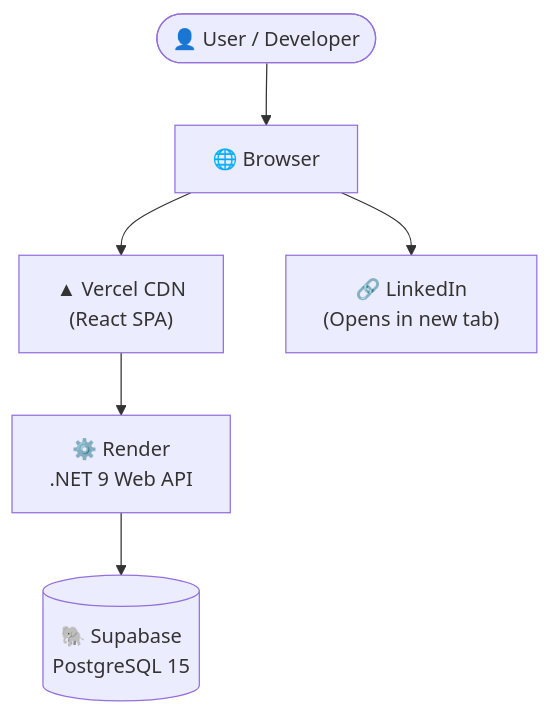
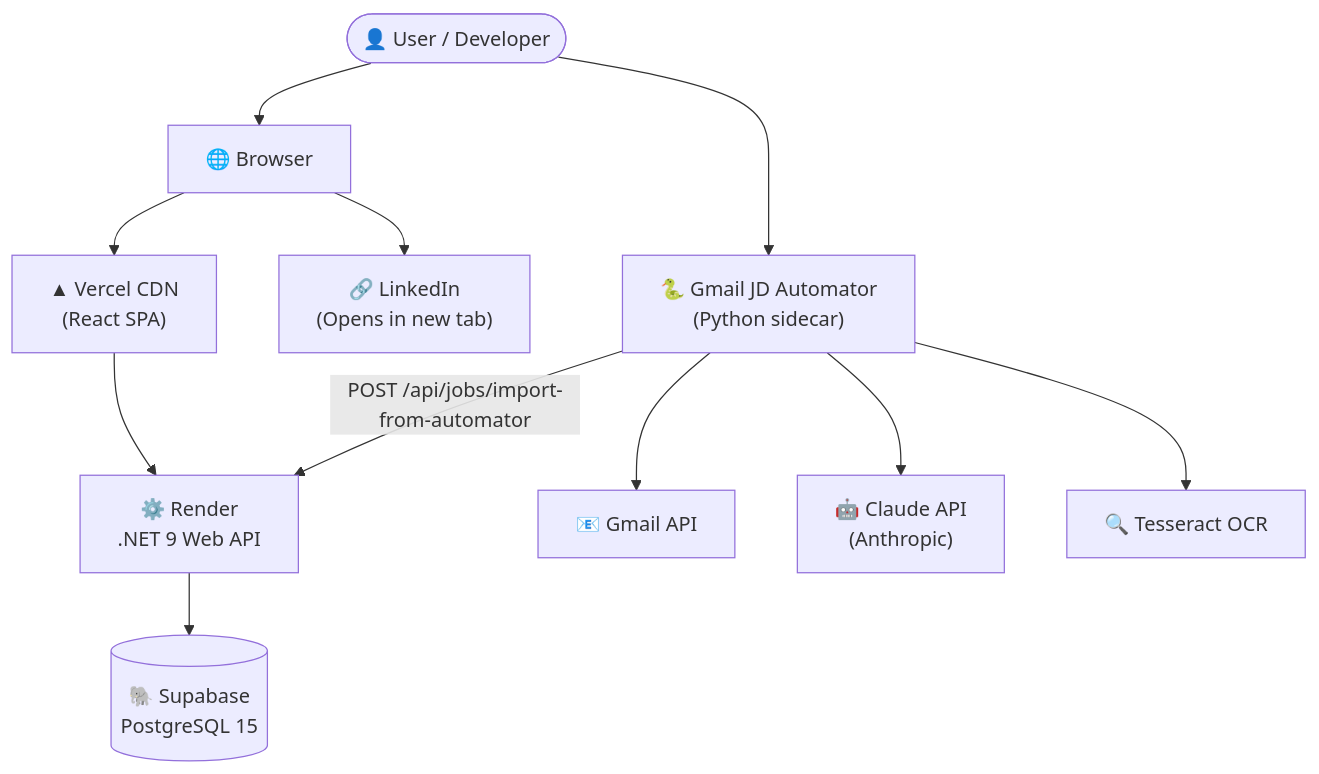
Before and after one commit to coder-pro10z/raycast-job-tracker: the diagram in docs/01-architecture-overview.md, drawn with Mermaid. The commit also changed other lines of this file and 45 other files, not shown here.

Commit message:
feat: integrate Gmail JD Automator, prompt library, and Graphify visualizer

````diff
--- a/docs/01-architecture-overview.md
+++ b/docs/01-architecture-overview.md
@@ -7,8 +7,14 @@
 ```mermaid
 graph TD
     User(["👤 User / Developer"]) --> Browser["🌐 Browser"]
     Browser --> Vercel["▲ Vercel CDN\n(React SPA)"]
     Vercel --> API["⚙️ Render\n.NET 9 Web API"]
     API --> Supabase[("🐘 Supabase\nPostgreSQL 15")]
     Browser --> LinkedIn["🔗 LinkedIn\n(Opens in new tab)"]
+
+    User --> Automator["🐍 Gmail JD Automator\n(Python sidecar)"]
+    Automator --> GmailAPI["📧 Gmail API"]
+    Automator --> ClaudeAPI["🤖 Claude API\n(Anthropic)"]
+    Automator --> Tesseract["🔍 Tesseract OCR"]
+    Automator -->|"POST /api/jobs/import-from-automator"| API
 ```
````
